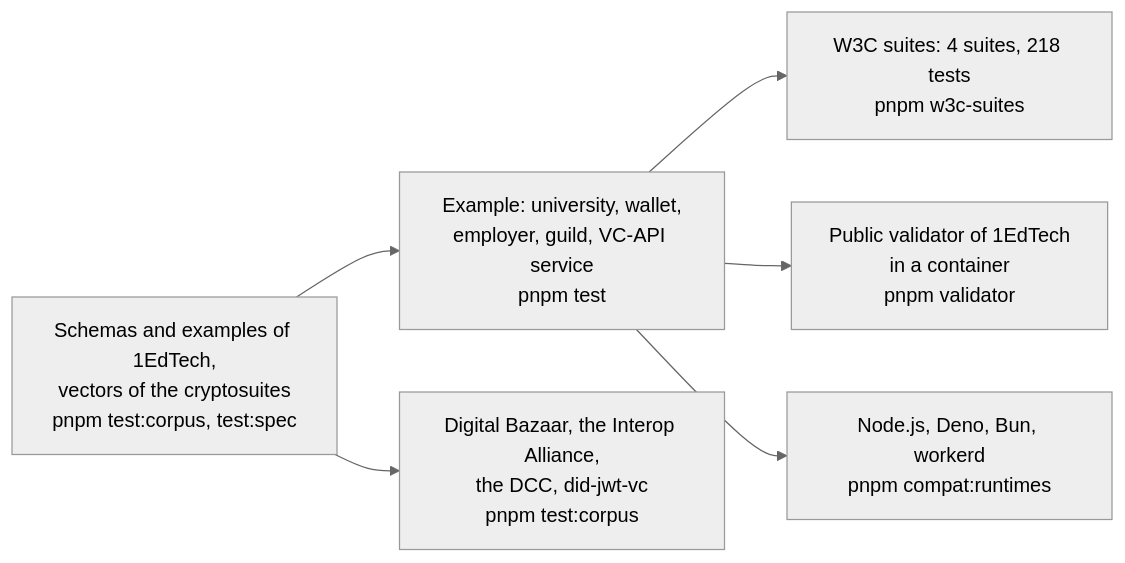
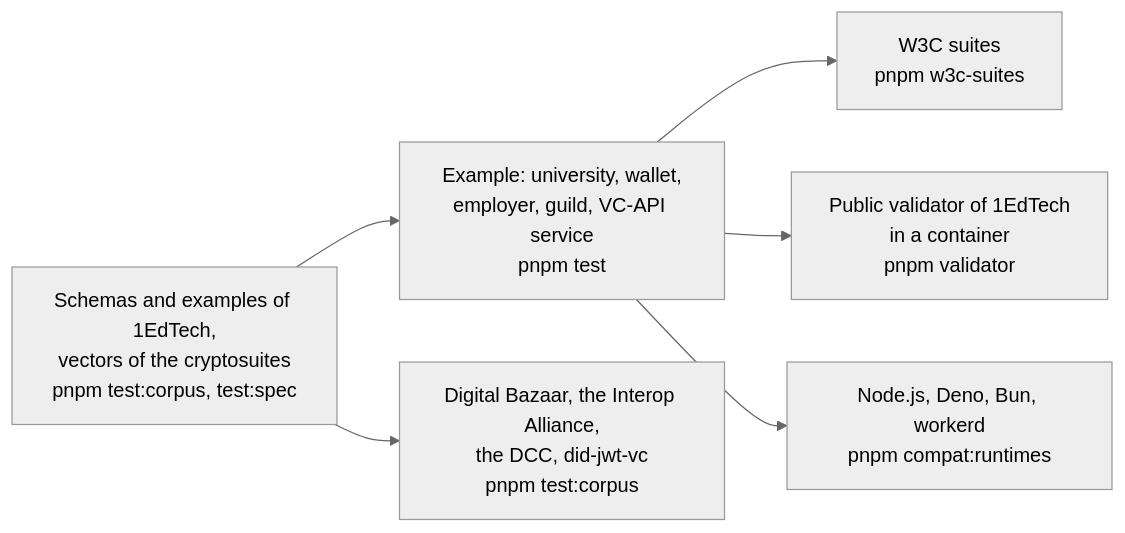
Before and after one commit to interopkit/interopkit: the diagram in docs/achievement-credentials/evidence.md, drawn with Mermaid (neutral theme). The commit also changed other lines of this file and 13 other files, not shown here.

````diff
--- a/docs/achievement-credentials/evidence.md
+++ b/docs/achievement-credentials/evidence.md
@@ -8,8 +8,8 @@
 ```mermaid
 flowchart LR
   schemas["Schemas and examples of 1EdTech,<br/>vectors of the cryptosuites<br/>pnpm test:corpus, test:spec"] --> example["Example: university, wallet,<br/>employer, guild, VC-API service<br/>pnpm test"]
-  example --> suites["W3C suites: 4 suites, 218 tests<br/>pnpm w3c-suites"]
+  example --> suites["W3C suites<br/>pnpm w3c-suites"]
   example --> validator["Public validator of 1EdTech<br/>in a container<br/>pnpm validator"]
   schemas --> counterparties["Digital Bazaar, the Interop Alliance,<br/>the DCC, did-jwt-vc<br/>pnpm test:corpus"]
   example --> runtimes["Node.js, Deno, Bun, workerd<br/>pnpm compat:runtimes"]
 ```
````
